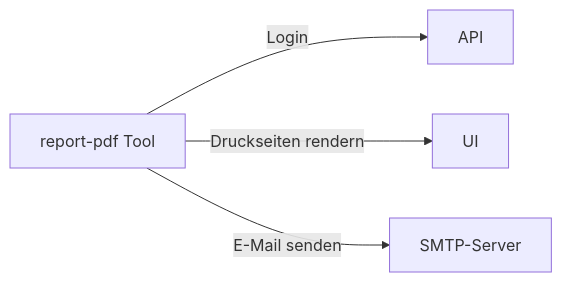
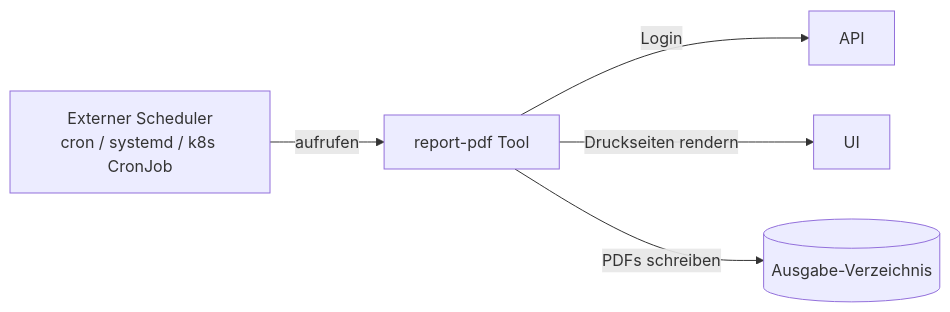
Before and after one commit to eenemeene/kitamanager-go: the second of 2 diagrams in website/content/de/docs/architecture.md, drawn with Mermaid. The commit also changed other lines of this file and 1 other file, not shown here.

First line of the commit message:
docs(architecture): update report-tool diagram for one-shot model

````diff
--- a/website/content/de/docs/architecture.md
+++ b/website/content/de/docs/architecture.md
@@ -67,6 +67,7 @@
 ```mermaid
 graph LR
-    Report[report-pdf Tool] -->|Login| API
+    Scheduler[Externer Scheduler<br/>cron / systemd / k8s CronJob] -->|aufrufen| Report[report-pdf Tool]
+    Report -->|Login| API
     Report -->|Druckseiten rendern| UI
-    Report -->|E-Mail senden| SMTP[SMTP-Server]
+    Report -->|PDFs schreiben| Disk[(Ausgabe-Verzeichnis)]
 ```
````
